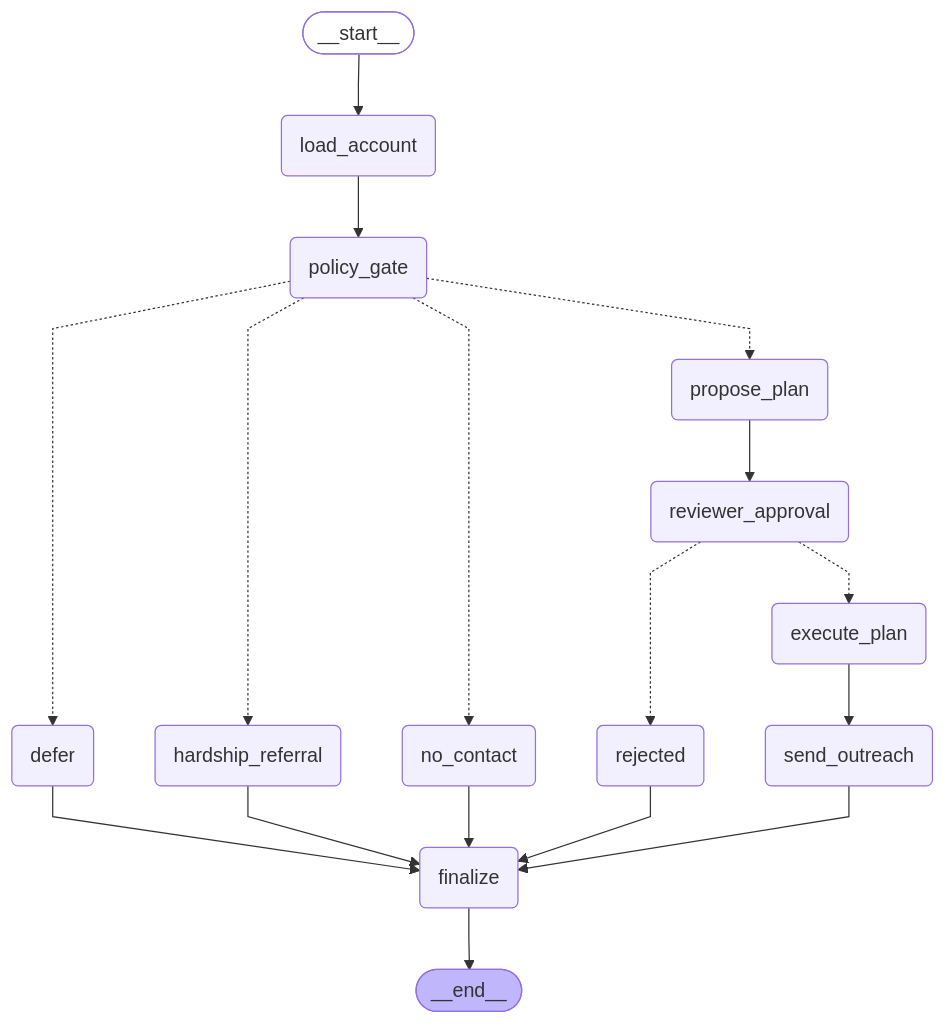
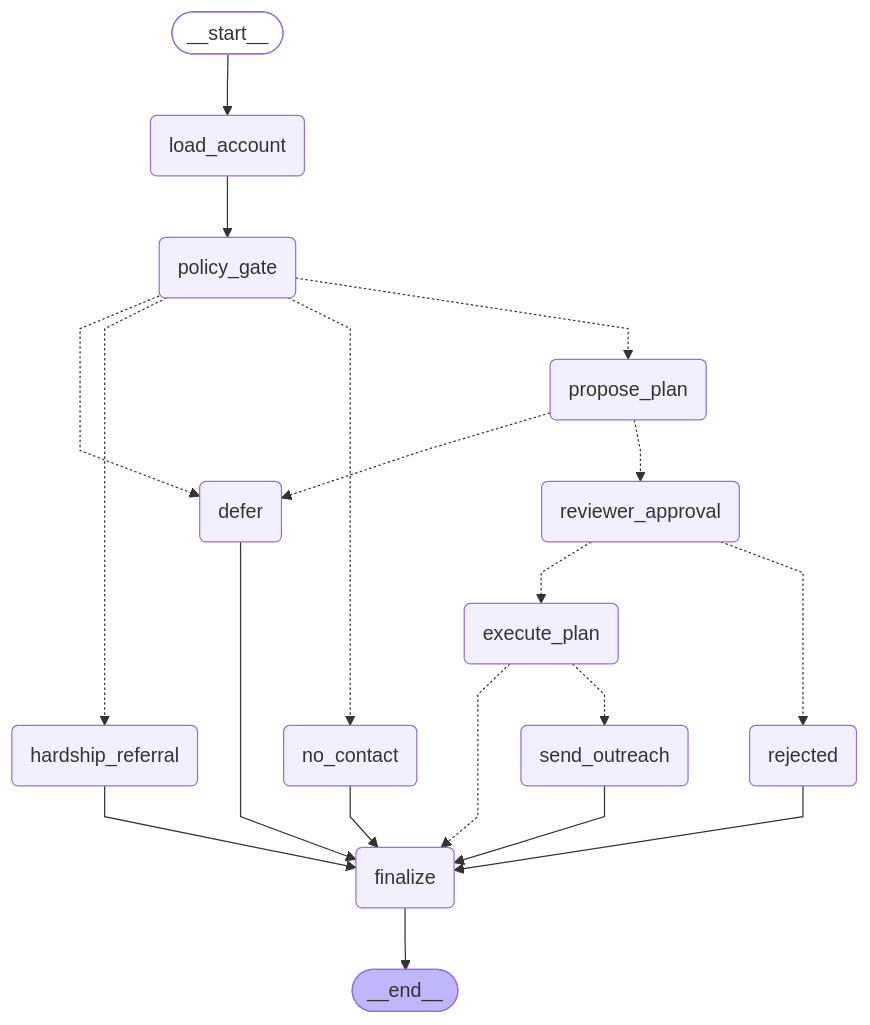
One commit to jagadishmazure-jpg/Jagadish-agentic-ai changed the diagram in projects/09-collections-agent/graph.mmd. Above: the diagram before and after it, drawn with Mermaid. The commit also changed 1 other file, not shown here.

Commit message:
docs: regenerate stale graph.mmd for projects 06 and 09 from the compiled graphs

```diff
--- a/projects/09-collections-agent/graph.mmd
+++ b/projects/09-collections-agent/graph.mmd
@@ -1,38 +1,40 @@
 ---
 config:
   flowchart:
     curve: linear
 ---
 graph TD;
 	__start__([<p>__start__</p>]):::first
 	load_account(load_account)
 	policy_gate(policy_gate)
 	hardship_referral(hardship_referral)
 	no_contact(no_contact)
 	defer(defer)
 	propose_plan(propose_plan)
 	reviewer_approval(reviewer_approval)
 	execute_plan(execute_plan)
 	send_outreach(send_outreach)
 	rejected(rejected)
 	finalize(finalize)
 	__end__([<p>__end__</p>]):::last
 	__start__ --> load_account;
 	defer --> finalize;
-	execute_plan --> send_outreach;
+	execute_plan -.-> finalize;
+	execute_plan -.-> send_outreach;
 	hardship_referral --> finalize;
 	load_account --> policy_gate;
 	no_contact --> finalize;
 	policy_gate -.-> defer;
 	policy_gate -.-> hardship_referral;
 	policy_gate -.-> no_contact;
 	policy_gate -.-> propose_plan;
-	propose_plan --> reviewer_approval;
+	propose_plan -.-> defer;
+	propose_plan -.-> reviewer_approval;
 	rejected --> finalize;
 	reviewer_approval -.-> execute_plan;
 	reviewer_approval -.-> rejected;
 	send_outreach --> finalize;
 	finalize --> __end__;
 	classDef default fill:#f2f0ff,line-height:1.2
 	classDef first fill-opacity:0
 	classDef last fill:#bfb6fc
```
